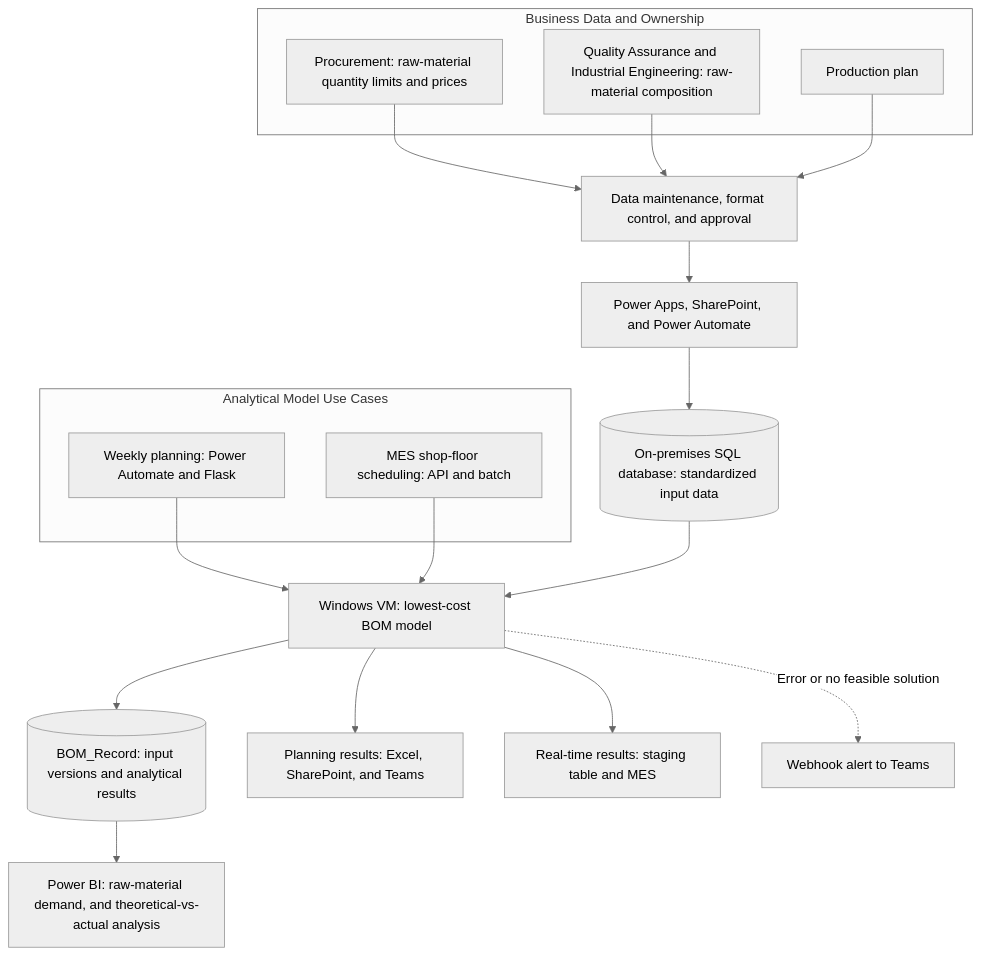
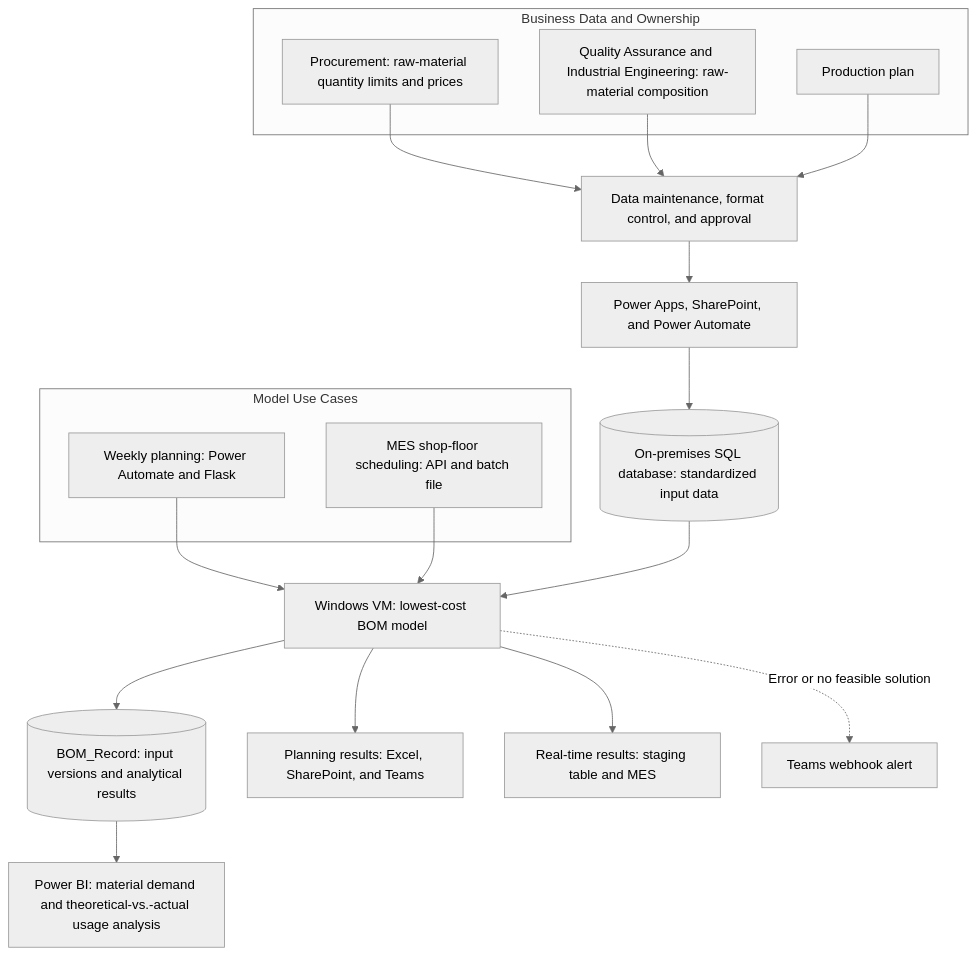
One commit to ChienChienChien/BOM_Management_Platform changed the diagram in README.md. Above: the diagram before and after it, drawn with Mermaid (neutral theme). The commit also changed other lines of this file, not shown here.

````diff
--- a/README.md
+++ b/README.md
@@ -65,29 +65,29 @@
 ```mermaid
 flowchart TB
     subgraph Source[Business Data and Ownership]
         A[Procurement: raw-material quantity limits and prices]
         B[Quality Assurance and Industrial Engineering: raw-material composition]
         C[Production plan]
     end
 
     A --> D[Data maintenance, format control, and approval]
     B --> D
     C --> D
     D --> E[Power Apps, SharePoint, and Power Automate]
     E --> F[(On-premises SQL database: standardized input data)]
 
-    subgraph UseCase[Analytical Model Use Cases]
+    subgraph UseCase[Model Use Cases]
         G[Weekly planning: Power Automate and Flask]
-        H[MES shop-floor scheduling: API and batch]
+        H[MES shop-floor scheduling: API and batch file]
     end
 
     G --> I[Windows VM: lowest-cost BOM model]
     H --> I
     F --> I
 
     I --> J[(BOM_Record: input versions and analytical results)]
     I --> K[Planning results: Excel, SharePoint, and Teams]
     I --> L[Real-time results: staging table and MES]
-    J --> M[Power BI: raw-material demand, and theoretical-vs-actual analysis]
-    I -. Error or no feasible solution .-> N[Webhook alert to Teams]
+    J --> M[Power BI: material demand and theoretical-vs.-actual usage analysis]
+    I -. Error or no feasible solution .-> N[Teams webhook alert]
 ```
````
